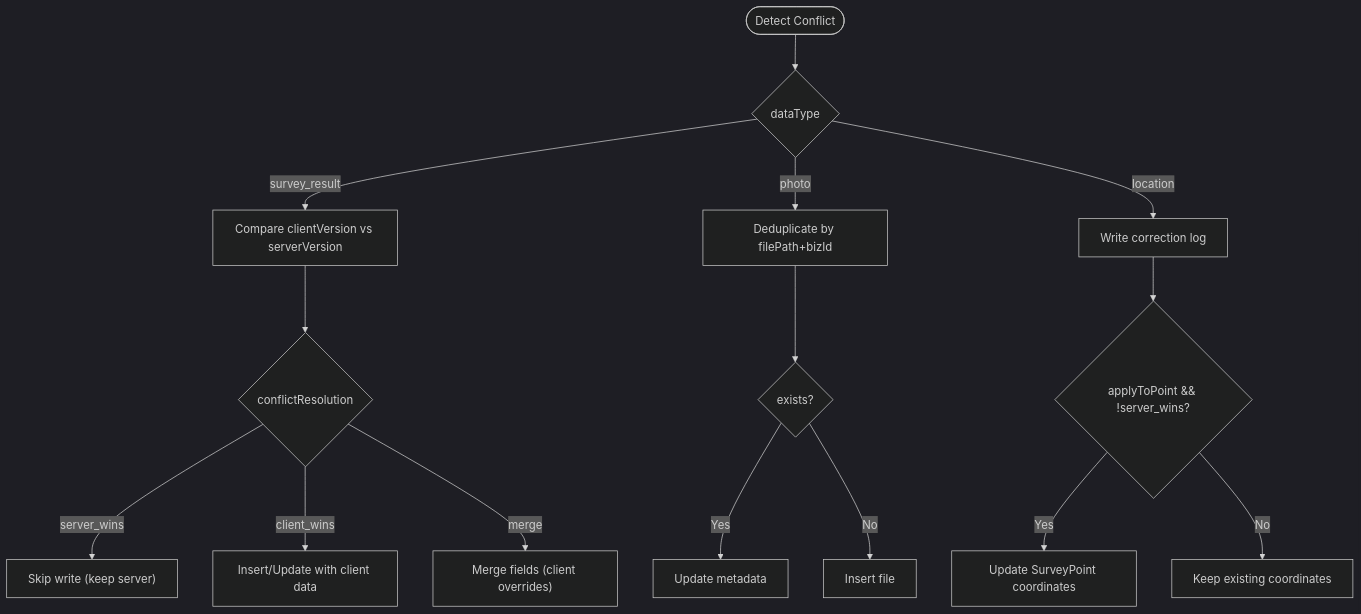
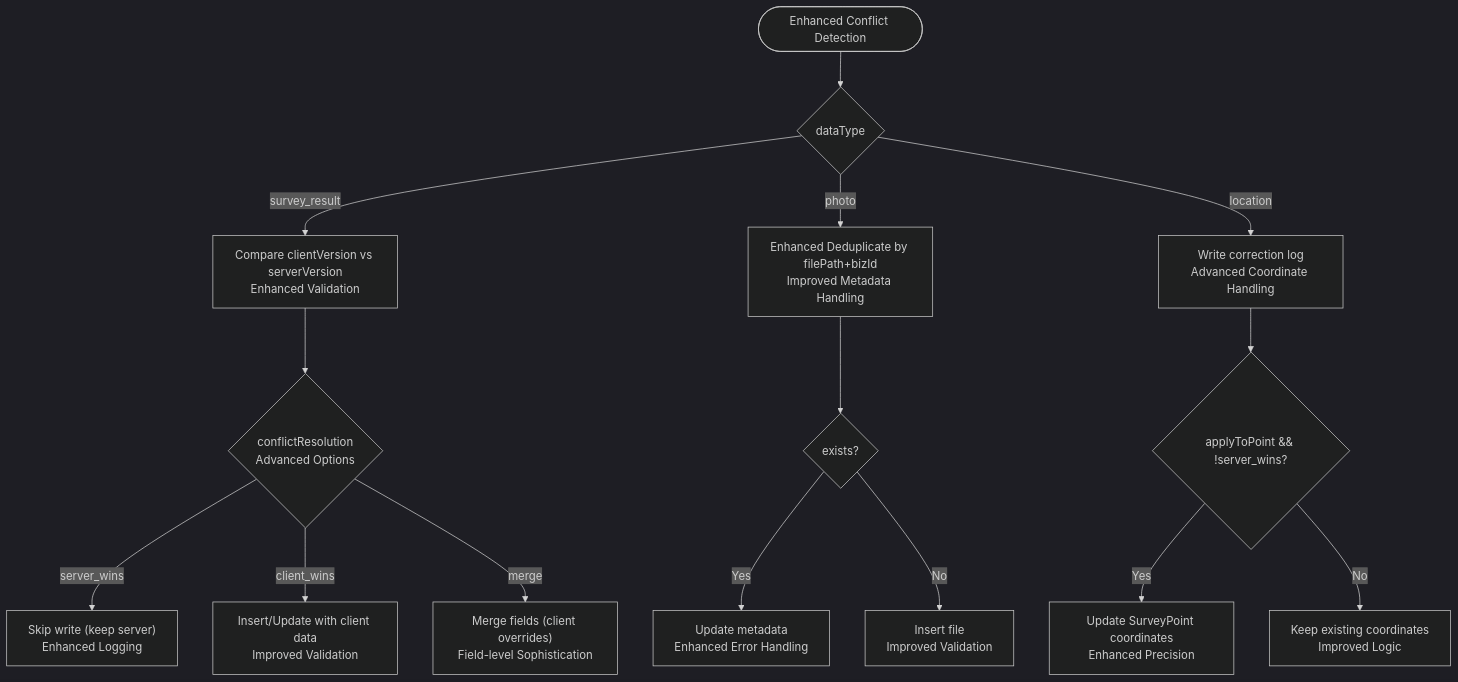
The fifth of 11 diagrams in .qoder/repowiki/en/content/Data Collection & Forms/Offline Data Synchronization.md (bo961386926/Survey-App), drawn with Mermaid (dark theme) before and after one commit. The commit also changed other lines of this file and 25 other files, not shown here.

````diff
--- a/.qoder/repowiki/en/content/Data Collection & Forms/Offline Data Synchronization.md
+++ b/.qoder/repowiki/en/content/Data Collection & Forms/Offline Data Synchronization.md
@@ -234,17 +268,17 @@
 ```mermaid
 flowchart TD
-VStart(["Detect Conflict"]) --> CheckType{"dataType"}
-CheckType --> |survey_result| VerCheck["Compare clientVersion vs serverVersion"]
-VerCheck --> ResSel{"conflictResolution"}
-ResSel --> |server_wins| Skip["Skip write (keep server)"]
-ResSel --> |client_wins| Overwrite["Insert/Update with client data"]
-ResSel --> |merge| Merge["Merge fields (client overrides)"]
-CheckType --> |photo| Dedup["Deduplicate by filePath+bizId"]
+VStart(["Enhanced Conflict Detection"]) --> CheckType{"dataType"}
+CheckType --> |survey_result| VerCheck["Compare clientVersion vs serverVersion<br/>Enhanced Validation"]
+VerCheck --> ResSel{"conflictResolution<br/>Advanced Options"}
+ResSel --> |server_wins| Skip["Skip write (keep server)<br/>Enhanced Logging"]
+ResSel --> |client_wins| Overwrite["Insert/Update with client data<br/>Improved Validation"]
+ResSel --> |merge| Merge["Merge fields (client overrides)<br/>Field-level Sophistication"]
+CheckType --> |photo| Dedup["Enhanced Deduplicate by filePath+bizId<br/>Improved Metadata Handling"]
 Dedup --> DupRes{"exists?"}
-DupRes --> |Yes| DupUpdate["Update metadata"]
-DupRes --> |No| DupInsert["Insert file"]
-CheckType --> |location| Apply["Write correction log"]
+DupRes --> |Yes| DupUpdate["Update metadata<br/>Enhanced Error Handling"]
+DupRes --> |No| DupInsert["Insert file<br/>Improved Validation"]
+CheckType --> |location| Apply["Write correction log<br/>Advanced Coordinate Handling"]
 Apply --> PosRes{"applyToPoint && !server_wins?"}
-PosRes --> |Yes| UpdatePoint["Update SurveyPoint coordinates"]
-PosRes --> |No| KeepPoint["Keep existing coordinates"]
+PosRes --> |Yes| UpdatePoint["Update SurveyPoint coordinates<br/>Enhanced Precision"]
+PosRes --> |No| KeepPoint["Keep existing coordinates<br/>Improved Logic"]
 ```
````
